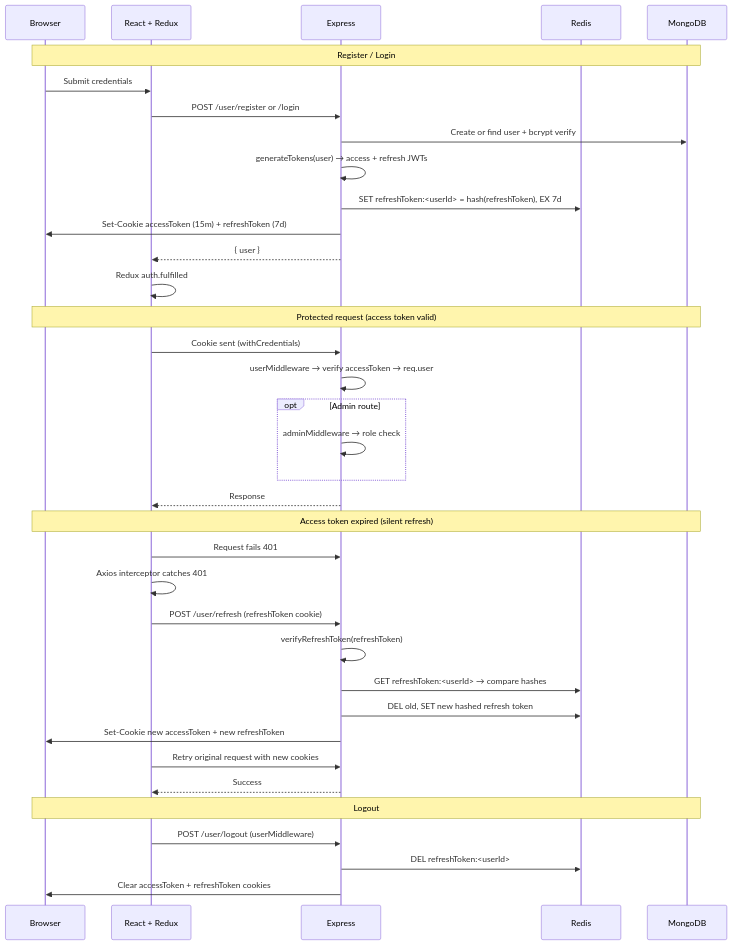
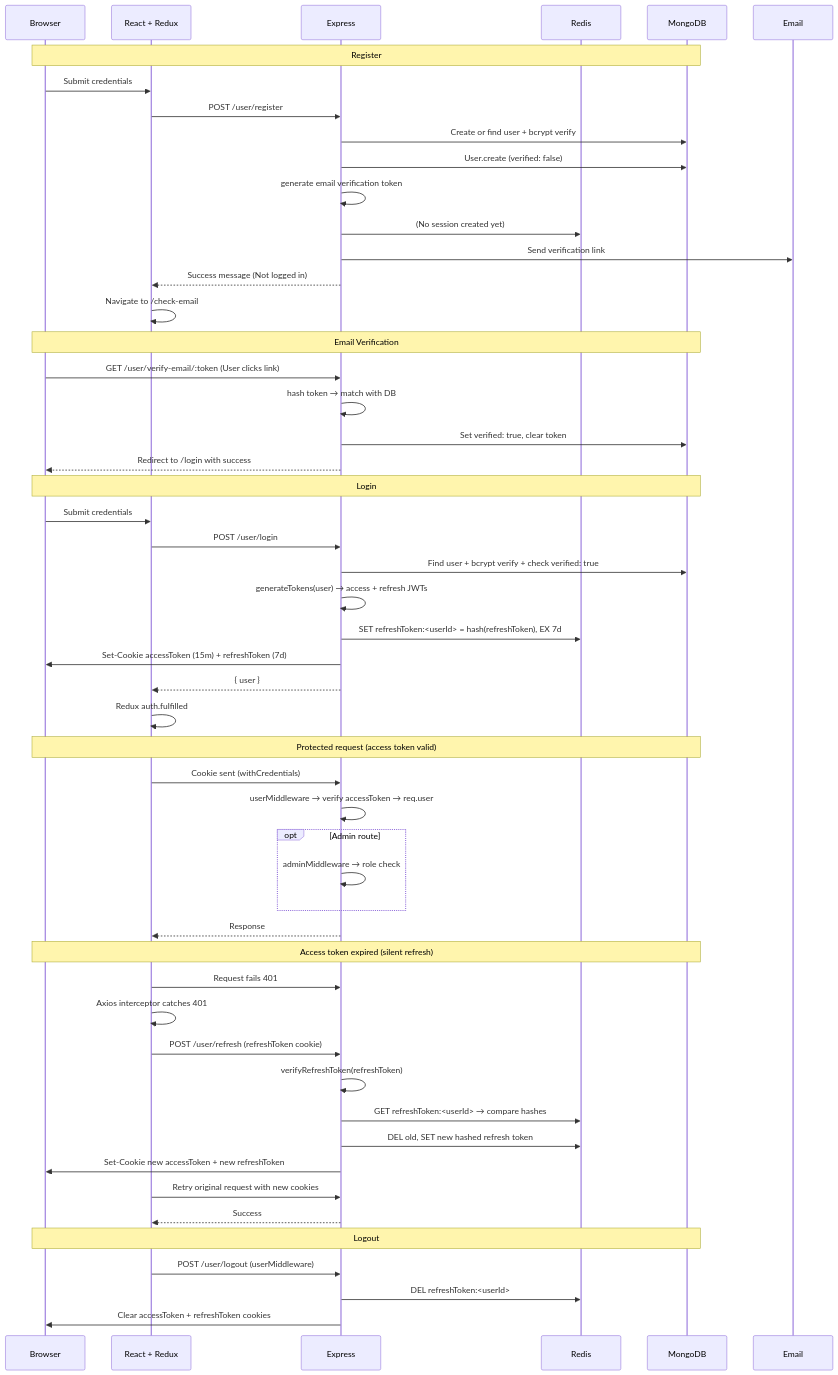
Before and after one commit to Lokeshkumar719/CodeArena: the first of 2 diagrams in docs/AUTH_FLOW.md, drawn with Mermaid. The commit also changed other lines of this file and 142 other files, not shown here.

````diff
--- a/docs/AUTH_FLOW.md
+++ b/docs/AUTH_FLOW.md
@@ -67,42 +67,59 @@
 ```mermaid
 sequenceDiagram
   participant Browser
   participant FE as React + Redux
   participant API as Express
   participant Redis
   participant DB as MongoDB
 
-  Note over Browser,DB: Register / Login
+  Note over Browser,DB: Register
   Browser->>FE: Submit credentials
-  FE->>API: POST /user/register or /login
+  FE->>API: POST /user/register
   API->>DB: Create or find user + bcrypt verify
+  API->>DB: User.create (verified: false)
+  API->>API: generate email verification token
+  API->>Redis: (No session created yet)
+  API->>Email: Send verification link
+  API-->>FE: Success message (Not logged in)
+  FE->>FE: Navigate to /check-email
+
+  Note over Browser,DB: Email Verification
+  Browser->>API: GET /user/verify-email/:token (User clicks link)
+  API->>API: hash token → match with DB
+  API->>DB: Set verified: true, clear token
+  API-->>Browser: Redirect to /login with success
+
+  Note over Browser,DB: Login
+  Browser->>FE: Submit credentials
+  FE->>API: POST /user/login
+  API->>DB: Find user + bcrypt verify + check verified: true
   API->>API: generateTokens(user) → access + refresh JWTs
   API->>Redis: SET refreshToken:<userId> = hash(refreshToken), EX 7d
   API->>Browser: Set-Cookie accessToken (15m) + refreshToken (7d)
   API-->>FE: { user }
   FE->>FE: Redux auth.fulfilled
 
   Note over Browser,DB: Protected request (access token valid)
   FE->>API: Cookie sent (withCredentials)
   API->>API: userMiddleware → verify accessToken → req.user
   opt Admin route
     API->>API: adminMiddleware → role check
   end
   API-->>FE: Response
 
   Note over Browser,DB: Access token expired (silent refresh)
   FE->>API: Request fails 401
   FE->>FE: Axios interceptor catches 401
   FE->>API: POST /user/refresh (refreshToken cookie)
   API->>API: verifyRefreshToken(refreshToken)
   API->>Redis: GET refreshToken:<userId> → compare hashes
   API->>Redis: DEL old, SET new hashed refresh token
   API->>Browser: Set-Cookie new accessToken + new refreshToken
   FE->>API: Retry original request with new cookies
   API-->>FE: Success
 
   Note over Browser,DB: Logout
   FE->>API: POST /user/logout (userMiddleware)
   API->>Redis: DEL refreshToken:<userId>
   API->>Browser: Clear accessToken + refreshToken cookies
 ```
````
